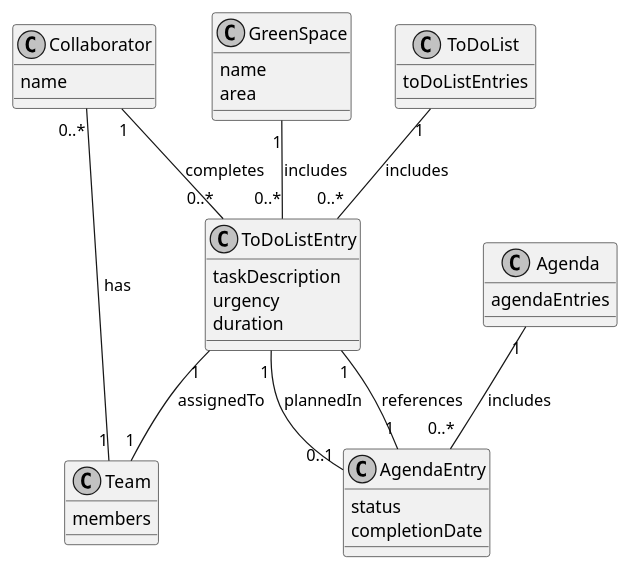
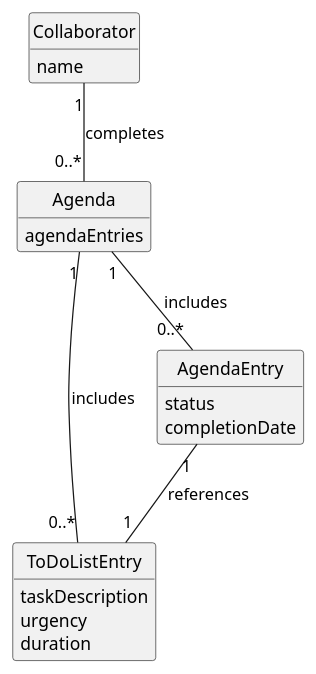
Before and after one commit to diogoveirospro/lei-24-s2-1dg-g072: the diagram in docs/sprintC/us029/02.analysis/puml/us029-domain-model.puml, drawn with PlantUML.

Commit message:
US029 domain model

```diff
--- a/docs/sprintC/us029/02.analysis/puml/us029-domain-model.puml
+++ b/docs/sprintC/us029/02.analysis/puml/us029-domain-model.puml
@@ -1,47 +1,35 @@
 @startuml
 skinparam monochrome true
 skinparam packageStyle rectangle
 skinparam shadowing false
 
+skinparam classAttributeIconSize 0
+
+hide circle
+hide methods
+
 class Collaborator {
     name
 }
 
-class GreenSpace {
-    name
-    area
+class Agenda {
+    agendaEntries
 }
 
 class ToDoListEntry {
     taskDescription
     urgency
     duration
 }
 
 class AgendaEntry {
     status
     completionDate
 }
 
-class Team {
-    members
-}
-
-class ToDoList {
-    toDoListEntries
-}
-
-class Agenda {
-    agendaEntries
-}
-
-Collaborator "1" -- "0..*" ToDoListEntry : completes
-GreenSpace "1" -- "0..*" ToDoListEntry : includes
-ToDoListEntry "1" -- "1" Team : assignedTo
-ToDoListEntry "1" -- "0..1" AgendaEntry : plannedIn
-ToDoList "1" -- "0..*" ToDoListEntry : includes
+Collaborator "1" -- "0..*" Agenda : completes
 Agenda "1" -- "0..*" AgendaEntry : includes
+Agenda "1" -- "0..*" ToDoListEntry : includes
 AgendaEntry "1" -- "1" ToDoListEntry : references
-Team "1" -- "0..*" Collaborator : has
 
 @enduml
```
